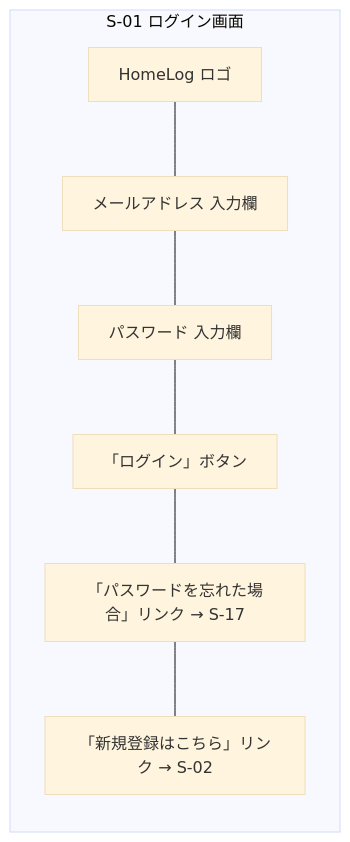
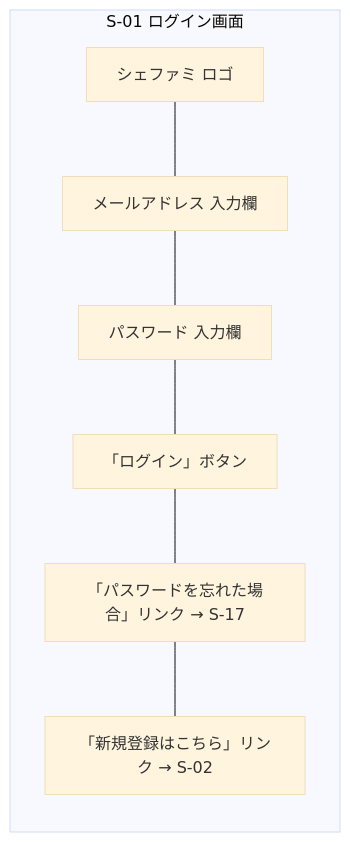
Before and after one commit to yamamotonaoki3/HomeLog: the first of 17 diagrams in docs/details/wireframes.md, drawn with Mermaid (base theme). The commit also changed other lines of this file and 22 other files, not shown here.

````diff
--- a/docs/details/wireframes.md
+++ b/docs/details/wireframes.md
@@ -43,13 +43,13 @@
 ```mermaid
 flowchart TD
     subgraph Screen["S-01 ログイン画面"]
         direction TB
-        Title["HomeLog ロゴ"]
+        Title["シェファミ ロゴ"]
         Email["メールアドレス 入力欄"]
         Password["パスワード 入力欄"]
         LoginBtn["「ログイン」ボタン"]
         ForgotLink["「パスワードを忘れた場合」リンク → S-17"]
         RegisterLink["「新規登録はこちら」リンク → S-02"]
     end
     Title --- Email --- Password --- LoginBtn --- ForgotLink --- RegisterLink
 ```
````
